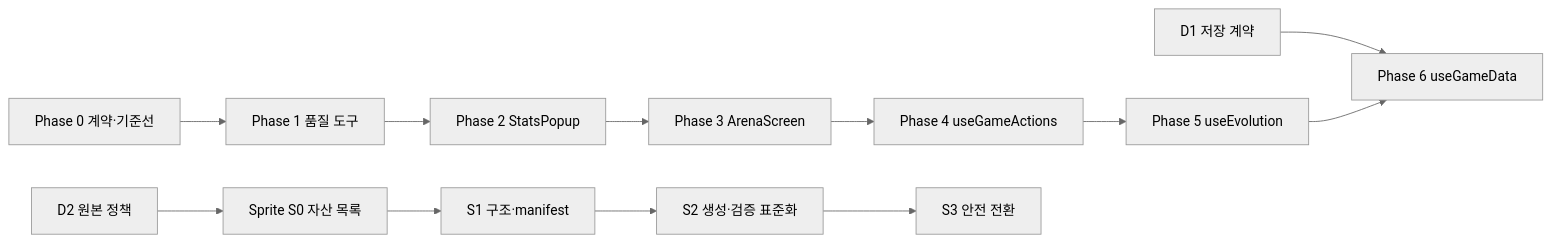
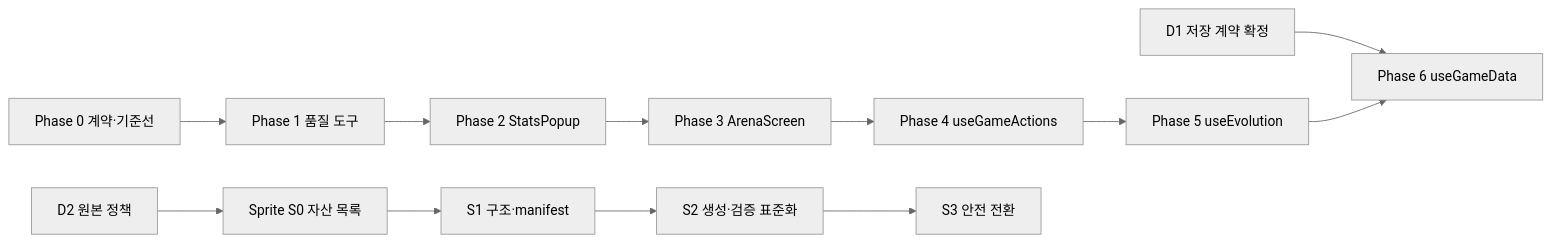
Before and after one commit to taehee33/d2_tama_refact: the diagram in docs/P3_LONG_TERM_REFACTORING_PLAN.md, drawn with Mermaid (neutral theme). The commit also changed other lines of this file and 4 other files, not shown here.

````diff
--- a/docs/P3_LONG_TERM_REFACTORING_PLAN.md
+++ b/docs/P3_LONG_TERM_REFACTORING_PLAN.md
@@ -89,14 +90,14 @@
 ```mermaid
 flowchart LR
-  D1["D1 저장 계약"] --> P6["Phase 6 useGameData"]
+  D1["D1 저장 계약 확정"] --> P6["Phase 6 useGameData"]
   P0["Phase 0 계약·기준선"] --> P1["Phase 1 품질 도구"]
   P1 --> P2["Phase 2 StatsPopup"]
   P2 --> P3["Phase 3 ArenaScreen"]
   P3 --> P4["Phase 4 useGameActions"]
   P4 --> P5["Phase 5 useEvolution"]
   P5 --> P6
   D2["D2 원본 정책"] --> S0["Sprite S0 자산 목록"]
   S0 --> S1["S1 구조·manifest"]
   S1 --> S2["S2 생성·검증 표준화"]
   S2 --> S3["S3 안전 전환"]
 ```
````
